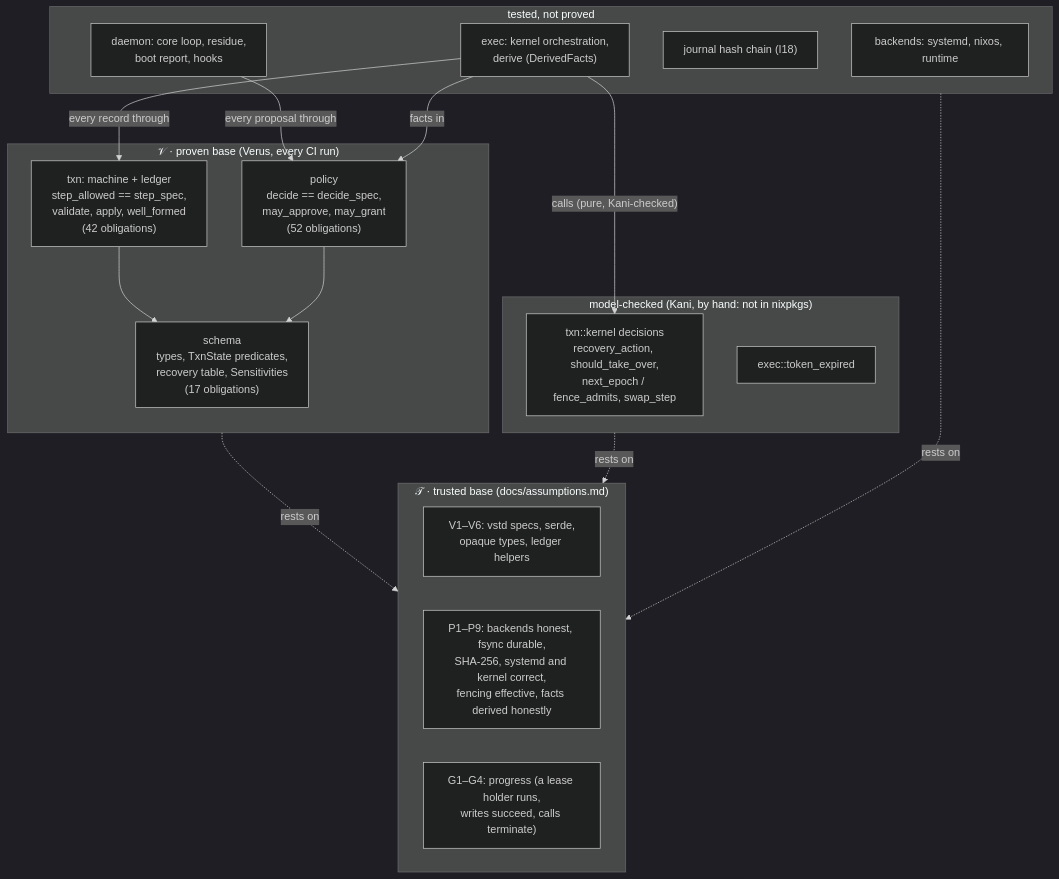
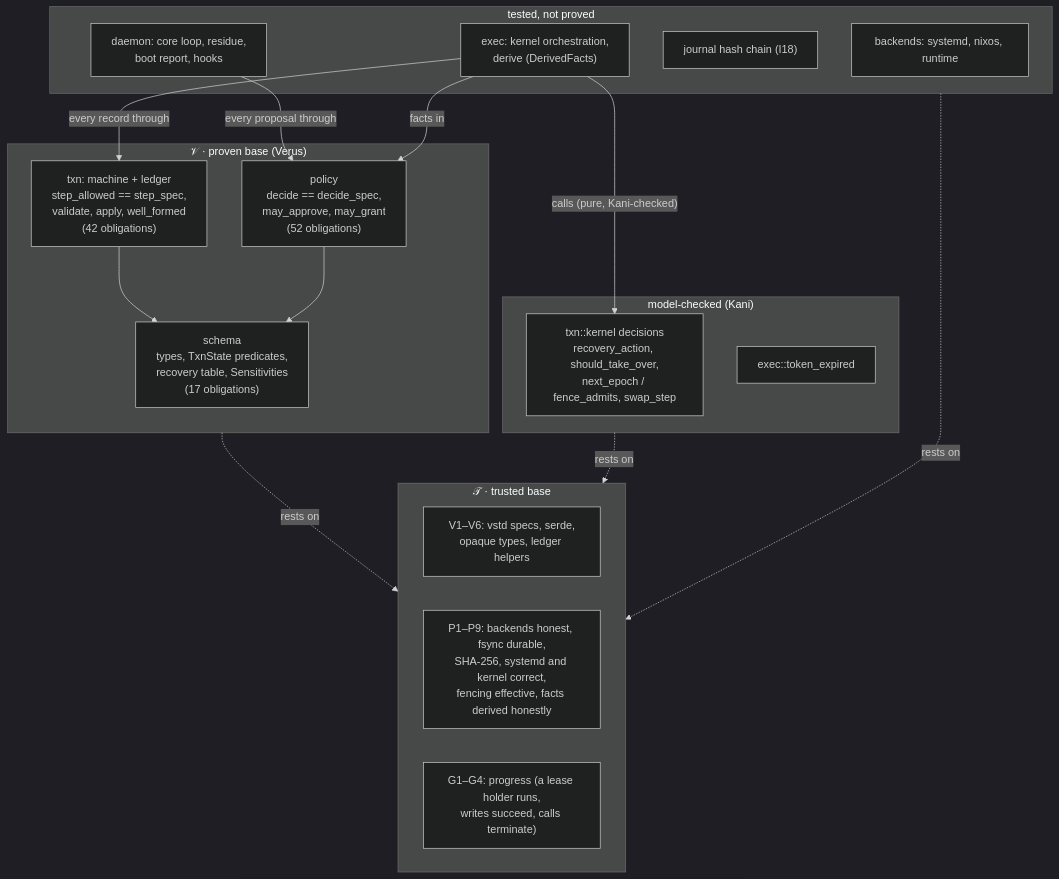
The first of 4 diagrams in docs/guarantees.md (aubrika/planarian), drawn with Mermaid (dark theme) before and after one commit. The commit also changed other lines of this file, not shown here.

First line of the commit message:
guarantees.md: shorter diagram titles (they wrapped under the boxes); OpBegin in the ledger path

````diff
--- a/docs/guarantees.md
+++ b/docs/guarantees.md
@@ -27,32 +27,32 @@
 ```mermaid
 flowchart TB
-  subgraph V["𝒱 · proven base (Verus, every CI run)"]
+  subgraph V["𝒱 · proven base (Verus)"]
     schema["schema<br/>types, TxnState predicates,<br/>recovery table, Sensitivities<br/>(17 obligations)"]
     policy["policy<br/>decide == decide_spec,<br/>may_approve, may_grant<br/>(52 obligations)"]
     txn["txn: machine + ledger<br/>step_allowed == step_spec,<br/>validate, apply, well_formed<br/>(42 obligations)"]
   end
-  subgraph K["model-checked (Kani, by hand: not in nixpkgs)"]
+  subgraph K["model-checked (Kani)"]
     kern["txn::kernel decisions<br/>recovery_action, should_take_over,<br/>next_epoch / fence_admits, swap_step"]
     tok["exec::token_expired"]
   end
   subgraph T["tested, not proved"]
     exec["exec: kernel orchestration,<br/>derive (DerivedFacts)"]
     daemon["daemon: core loop, residue,<br/>boot report, hooks"]
     journal["journal hash chain (I18)"]
     backends["backends: systemd, nixos, runtime"]
   end
-  subgraph A["𝒯 · trusted base (docs/assumptions.md)"]
+  subgraph A["𝒯 · trusted base"]
     vstd["V1–V6: vstd specs, serde,<br/>opaque types, ledger helpers"]
     plat["P1–P9: backends honest, fsync durable,<br/>SHA-256, systemd and kernel correct,<br/>fencing effective, facts derived honestly"]
     prog["G1–G4: progress (a lease holder runs,<br/>writes succeed, calls terminate)"]
   end
   exec -->|"calls (pure, Kani-checked)"| kern
   exec -->|"every record through"| txn
   daemon -->|"every proposal through"| policy
   exec -->|"facts in"| policy
   txn --> schema
   policy --> schema
   V -.->|rests on| A
   K -.->|rests on| A
   T -.->|rests on| A
 ```
````
